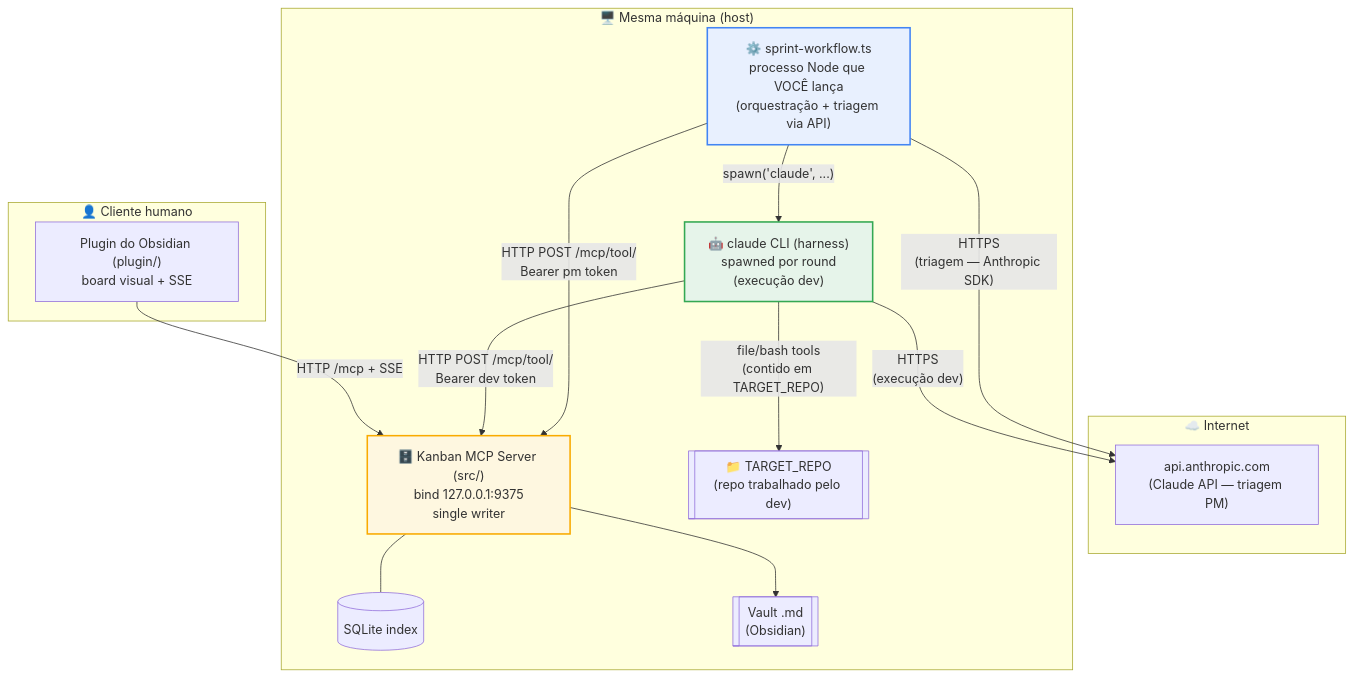
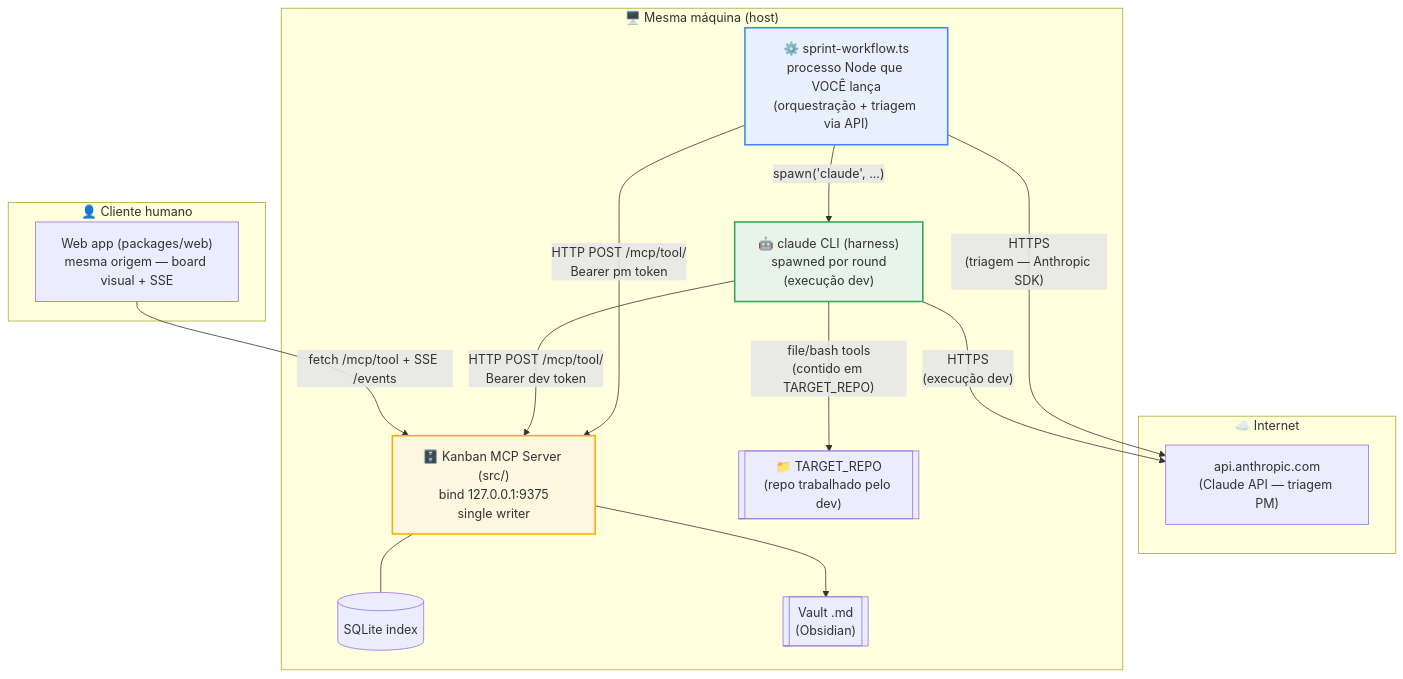
Before and after one commit to kauelopes/obsidianban: the first of 9 diagrams in docs/for-agents/sprint-workflow.md, drawn with Mermaid. The commit also changed 56 other files, not shown here.

First line of the commit message:
feat: fase 5 — desligamento do plugin Obsidian

````diff
--- a/docs/for-agents/sprint-workflow.md
+++ b/docs/for-agents/sprint-workflow.md
@@ -23,36 +23,36 @@
 ```mermaid
 flowchart TB
     subgraph cloud["☁️ Internet"]
         ANTHROPIC["api.anthropic.com<br/>(Claude API — triagem PM)"]
     end
 
     subgraph host["🖥️ Mesma máquina (host)"]
         WF["⚙️ sprint-workflow.ts<br/>processo Node que VOCÊ lança<br/>(orquestração + triagem via API)"]
         CLI["🤖 claude CLI (harness)<br/>spawned por round<br/>(execução dev)"]
         SRV["🗄️ Kanban MCP Server (src/)<br/>bind 127.0.0.1:9375<br/>single writer"]
         DB[("SQLite index")]
         VAULT[["Vault .md<br/>(Obsidian)"]]
         REPO[["📁 TARGET_REPO<br/>(repo trabalhado pelo dev)"]]
     end
 
     subgraph user["👤 Cliente humano"]
-        OBS["Plugin do Obsidian (plugin/)<br/>board visual + SSE"]
+        WEB["Web app (packages/web)<br/>mesma origem — board visual + SSE"]
     end
 
     WF -->|"HTTPS<br/>(triagem — Anthropic SDK)"| ANTHROPIC
     WF -->|"HTTP POST /mcp/tool/<br/>Bearer pm token"| SRV
     WF -->|"spawn('claude', ...)"| CLI
     CLI -->|"HTTP POST /mcp/tool/<br/>Bearer dev token"| SRV
     CLI -->|"file/bash tools<br/>(contido em TARGET_REPO)"| REPO
     CLI -->|"HTTPS<br/>(execução dev)"| ANTHROPIC
-    OBS -->|"HTTP /mcp + SSE"| SRV
+    WEB -->|"fetch /mcp/tool + SSE /events"| SRV
     SRV --- DB
     SRV --> VAULT
 
     classDef wf fill:#e8f0fe,stroke:#4285f4,stroke-width:2px;
     classDef cli fill:#e6f4ea,stroke:#34a853,stroke-width:2px;
     classDef srv fill:#fef7e0,stroke:#f9ab00,stroke-width:2px;
     class WF wf;
     class CLI cli;
     class SRV srv;
 ```
````
